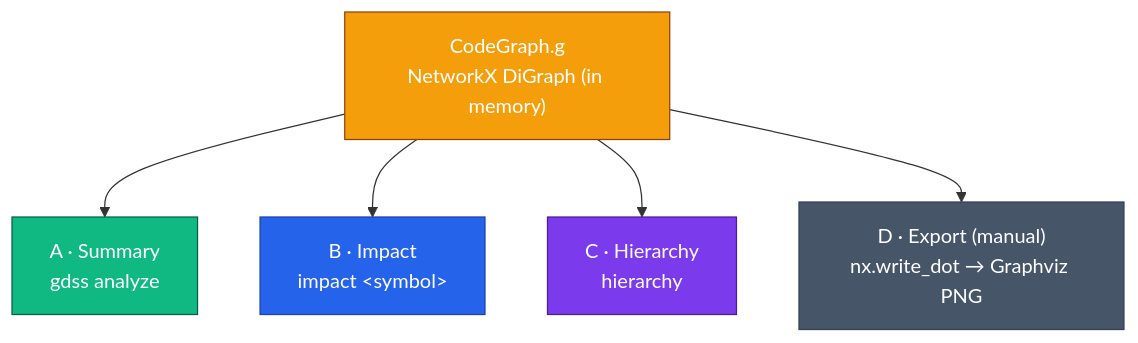
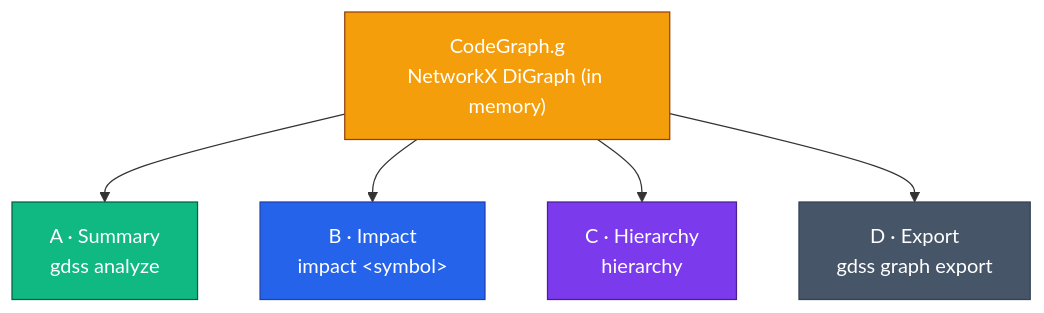
The third of 3 diagrams in docs/IO & VIZ.md (Sarthak2233/GDSS), drawn with Mermaid before and after one commit. The commit also changed other lines of this file and 20 other files, not shown here.

Commit message:
feat: Full phase 1.1 implemented form the feature_list.json implemented with ast operators and dependeny graph export.

````diff
--- a/docs/IO & VIZ.md
+++ b/docs/IO & VIZ.md
@@ -201,19 +202,19 @@
 ```mermaid
 flowchart TD
     CG["CodeGraph.g<br>NetworkX DiGraph (in memory)"]
     A["A · Summary<br>gdss analyze"]
     B["B · Impact<br>impact &lt;symbol&gt;"]
     C["C · Hierarchy<br>hierarchy"]
-    D["D · Export (manual)<br>nx.write_dot → Graphviz PNG"]
+    D["D · Export<br>gdss graph export"]
 
     CG --> A
     CG --> B
     CG --> C
     CG --> D
 
     style CG fill:#f59e0b,stroke:#92400e,color:#fff
     style A fill:#10b981,stroke:#065f46,color:#fff
     style B fill:#2563eb,stroke:#1e40af,color:#fff
     style C fill:#7c3aed,stroke:#4c1d95,color:#fff
     style D fill:#475569,stroke:#334155,color:#fff
 ```
````
